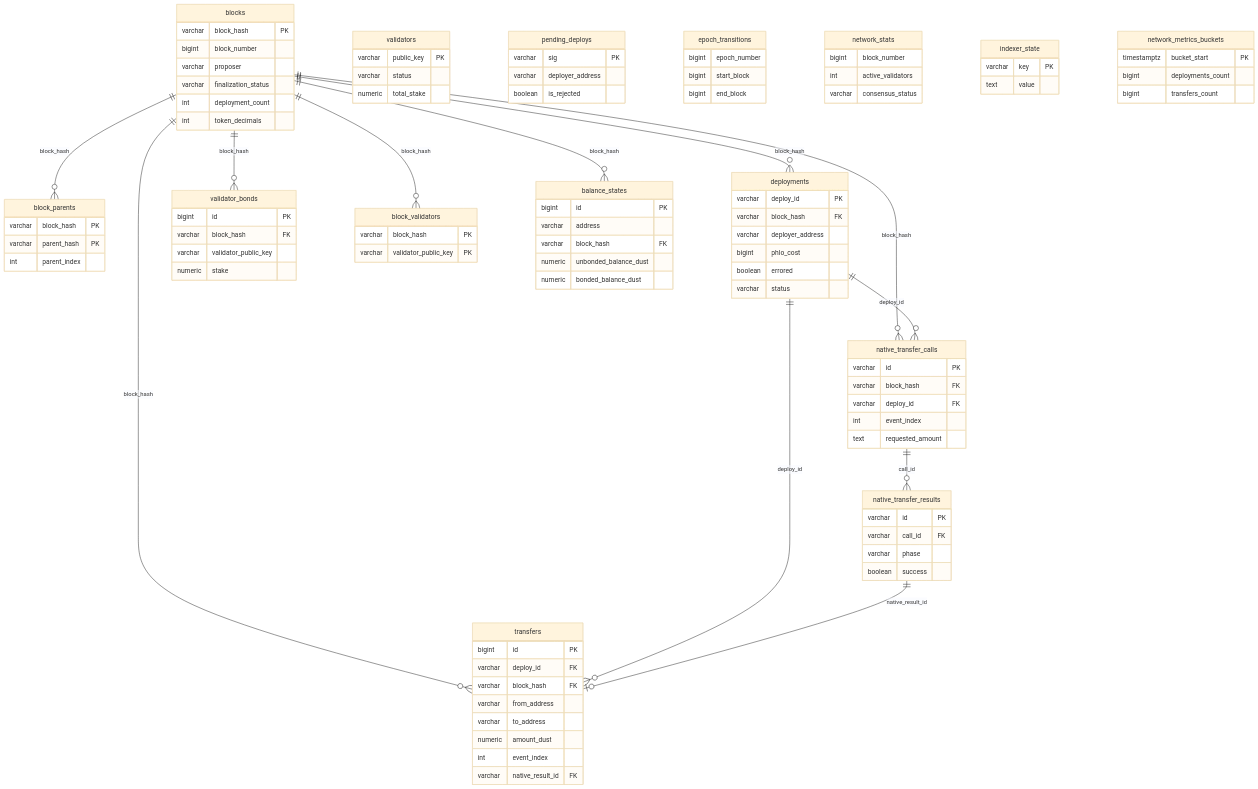
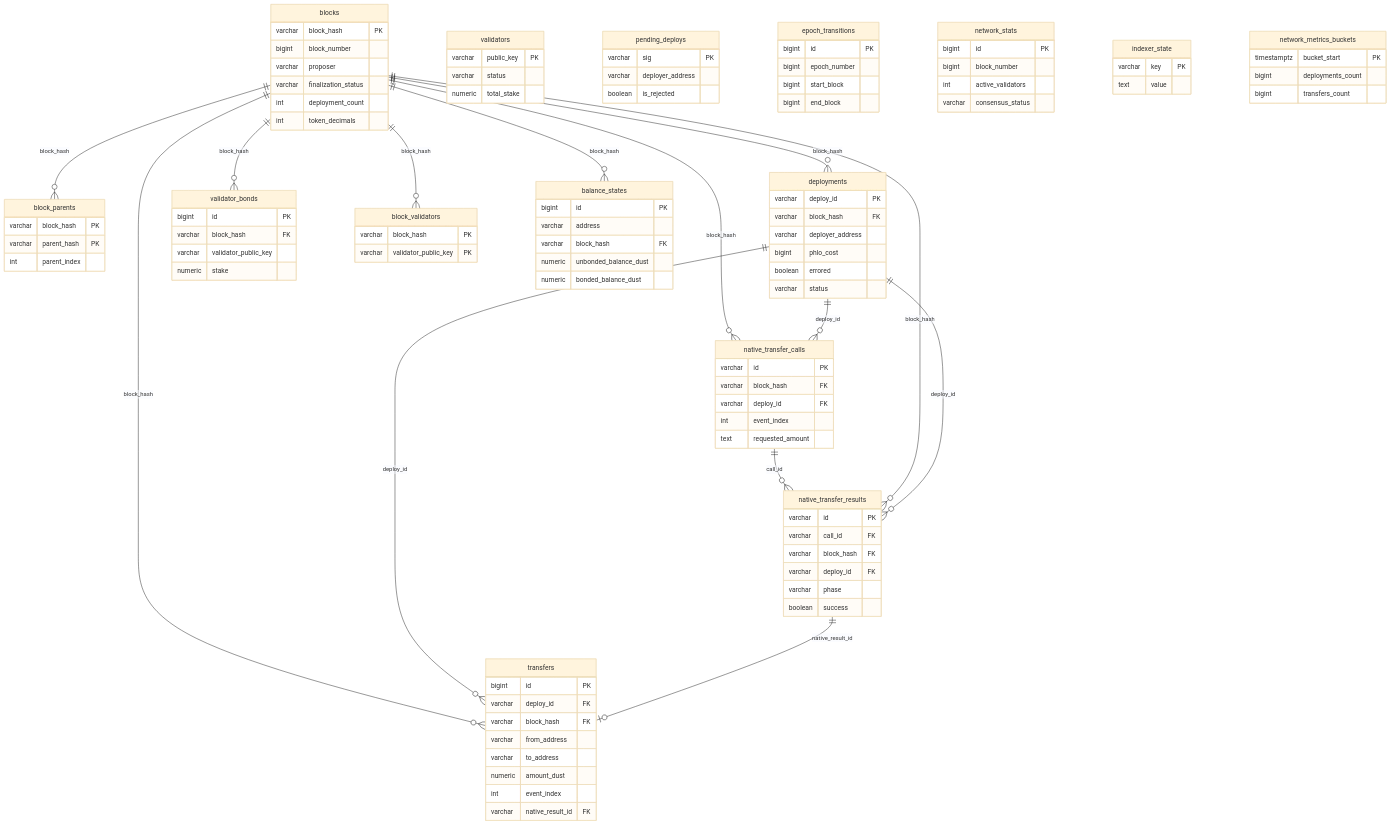
One commit to asi-alliance/asi-chain-docs-portal changed the second of 2 diagrams in architecture/component-diagrams/explorer/index.md. Above: the diagram before and after it, drawn with Mermaid (base theme). The commit also changed other lines of this file and 3 other files, not shown here.

Commit message:
[AS-913] Fix genesis transition, validation rejects and indexer schema notes

```diff
--- a/architecture/component-diagrams/explorer/index.md
+++ b/architecture/component-diagrams/explorer/index.md
@@ -37,6 +37,8 @@
   deployments ||--o{ transfers : "deploy_id"
   deployments ||--o{ native_transfer_calls : "deploy_id"
   native_transfer_calls ||--o{ native_transfer_results : "call_id"
+  blocks ||--o{ native_transfer_results : "block_hash"
+  deployments ||--o{ native_transfer_results : "deploy_id"
   native_transfer_results ||--o| transfers : "native_result_id"
 
   blocks {
@@ -80,6 +82,8 @@
   native_transfer_results {
     varchar id PK
     varchar call_id FK
+    varchar block_hash FK
+    varchar deploy_id FK
     varchar phase
     boolean success
   }
@@ -111,11 +115,13 @@
     boolean is_rejected
   }
   epoch_transitions {
+    bigint id PK
     bigint epoch_number
     bigint start_block
     bigint end_block
   }
   network_stats {
+    bigint id PK
     bigint block_number
     int active_validators
     varchar consensus_status
```
